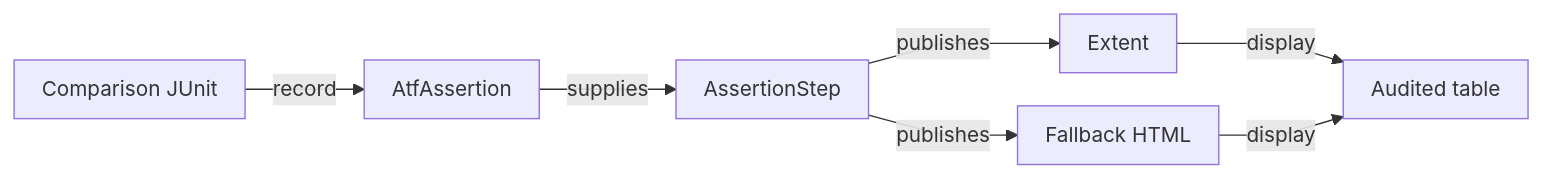
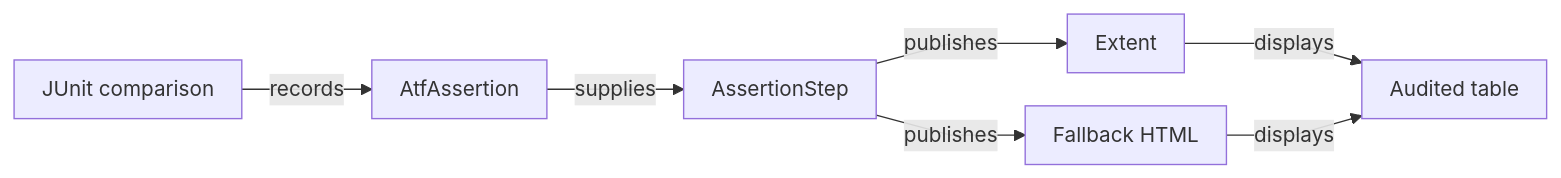
One commit to crististefanita/atf_j0 changed the fourth of 18 diagrams in atf-reporting/README.md. Above: the diagram before and after it, drawn with Mermaid. The commit also changed other lines of this file and 13 other files, not shown here.

````diff
--- a/atf-reporting/README.md
+++ b/atf-reporting/README.md
@@ -471,10 +462,10 @@
 ```mermaid
 %%{init: {"themeVariables":{"fontSize":"15px"},"themeCSS":".nodeLabel, .nodeLabel p { font-size: 15px !important; line-height: 1.35 !important; } .edgeLabel, .edgeLabel p { font-size: 12px !important; font-weight: 400 !important; line-height: 1.2 !important; } .edgeLabel .labelBkg, .edgeLabel p { background: transparent !important; } .edgeLabel foreignObject { transform: translateY(-18px); overflow: visible; } .node rect { rx: 6px; ry: 6px; }","flowchart":{"curve":"linear","nodeSpacing":24,"rankSpacing":40,"padding":10,"diagramPadding":16}}}%%
 flowchart LR
-    J["Comparison JUnit"] -->|record| R["AtfAssertion"]
+    J["JUnit comparison"] -->|records| R["AtfAssertion"]
     R -->|supplies| S["AssertionStep"]
     S -->|publishes| E["Extent"]
     S -->|publishes| H["Fallback HTML"]
-    E -->|display| V["Audited table"]
-    H -->|display| V
+    E -->|displays| V["Audited table"]
+    H -->|displays| V
 ```
````
